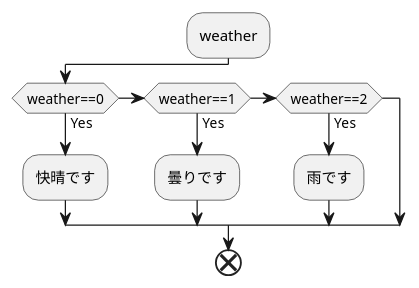
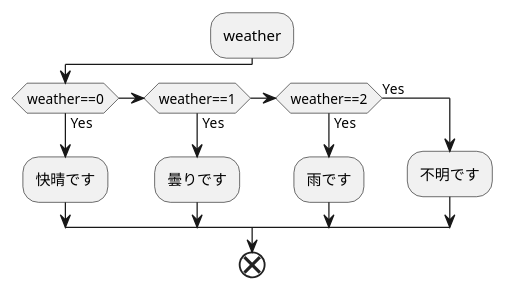
The diagram in kadai4_4.md (Aso2001409/2021sys-design), drawn with PlantUML before and after one commit.

````diff
--- a/kadai4_4.md
+++ b/kadai4_4.md
@@ -1,13 +1,15 @@
 ```uml
 @startuml
 :weather;
 if(weather==0)then(Yes)
   :快晴です;
 else if(weather==1)then(Yes)
   :曇りです;
 else if(weather==2)then(Yes)
   :雨です;
+else(Yes)
+  :不明です;
 endif
 end
 @enduml
 ```
````
